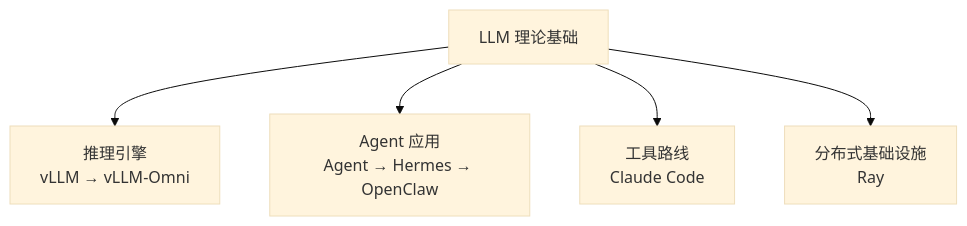
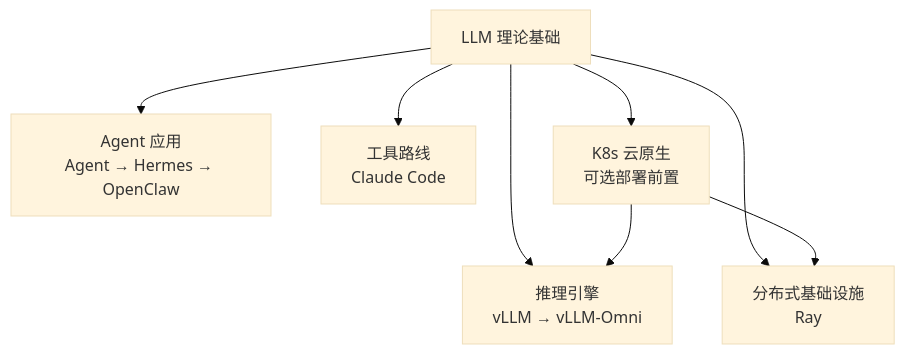
The second of 2 diagrams in README.md (keyuanweb/ai-learning-path), drawn with Mermaid (base theme) before and after one commit. The commit also changed other lines of this file and 28 other files, not shown here.

````diff
--- a/README.md
+++ b/README.md
@@ -170,8 +188,11 @@
 ```mermaid
 flowchart TD
   base[LLM 理论基础]
   base --> eng[推理引擎<br/>vLLM → vLLM-Omni]
   base --> agent[Agent 应用<br/>Agent → Hermes → OpenClaw]
   base --> tool[工具路线<br/>Claude Code]
+  base --> k8s[K8s 云原生<br/>可选部署前置]
   base --> ray[分布式基础设施<br/>Ray]
+  k8s --> ray
+  k8s --> eng
 ```
````
